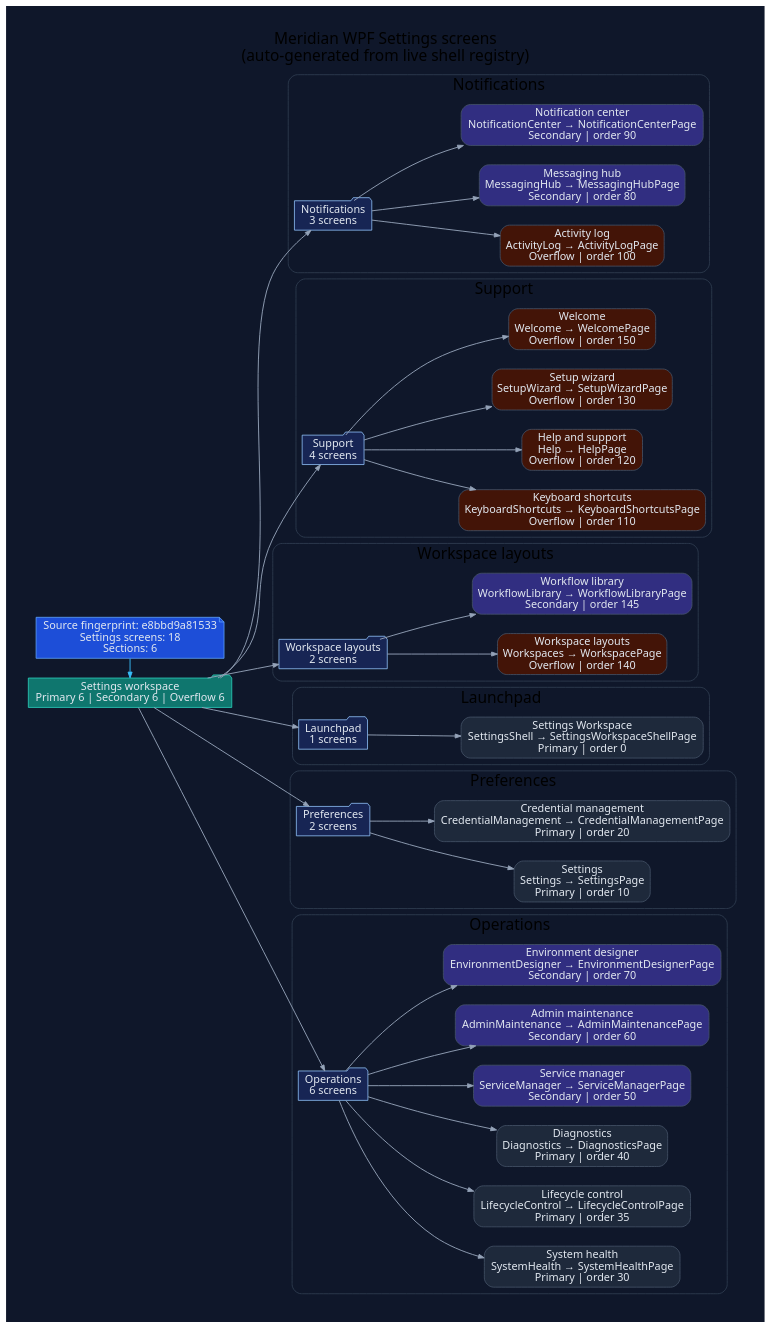
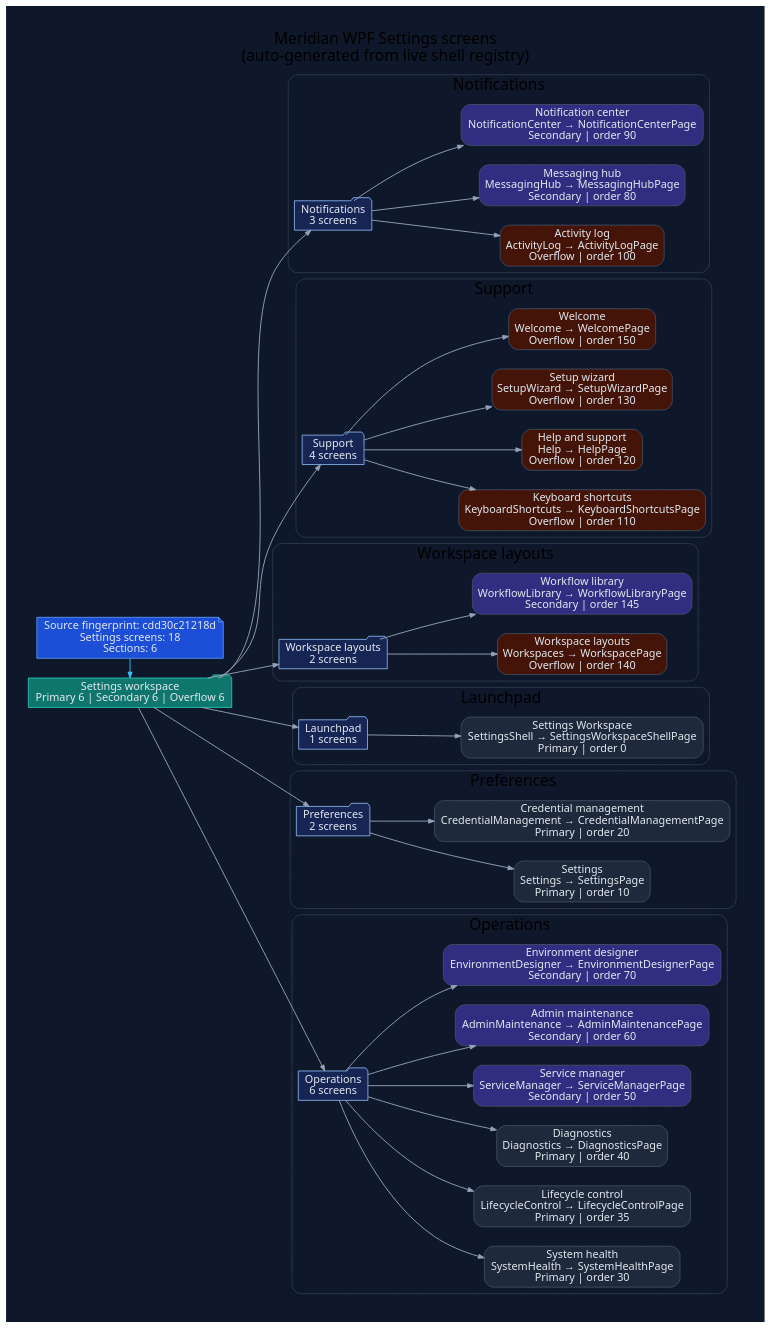
Before and after one commit to rodoHasArrived/Meridian-main: the diagram in docs/diagrams/ui/ui-wpf-screens-settings.dot, drawn with Graphviz. The commit also changed 164 other files, not shown here.

```diff
--- a/docs/diagrams/ui/ui-wpf-screens-settings.dot
+++ b/docs/diagrams/ui/ui-wpf-screens-settings.dot
@@ -1,110 +1,110 @@
 // -----------------------------------------------------------------------------
 // <auto-generated>
 // Generated by scripts/generate-diagrams.mjs.
 // Do not edit this file directly; update the WPF source files instead.
 // -----------------------------------------------------------------------------
 digraph WpfSettingsScreens {
   graph [
     rankdir=LR,
     labelloc=t,
     label="Meridian WPF Settings screens\n(auto-generated from live shell registry)",
     fontname="Segoe UI",
     fontsize=20,
     pad=0.4,
     nodesep=0.35,
     ranksep=0.85,
     bgcolor="#0f172a"
   ];
   node [fontname="Segoe UI", shape=box, style="rounded,filled", color="#475569", fontcolor="#e2e8f0", fillcolor="#1e293b"];
   edge [fontname="Segoe UI", color="#94a3b8", penwidth=1.2, arrowsize=0.75];
 
-  generated [shape=note, fillcolor="#1d4ed8", color="#60a5fa", label="Source fingerprint: e8bbd9a81533\nSettings screens: 18\nSections: 6"];
+  generated [shape=note, fillcolor="#1d4ed8", color="#60a5fa", label="Source fingerprint: cdd30c21218d\nSettings screens: 18\nSections: 6"];
   workspace [shape=folder, fillcolor="#0f766e", color="#2dd4bf", label="Settings workspace\nPrimary 6 | Secondary 6 | Overflow 6"];
   generated -> workspace [color="#38bdf8"];
 
   subgraph cluster_section_1 {
     label="Notifications";
     color="#334155";
     style="rounded";
     section_1 [shape=folder, fillcolor="#172554", color="#93c5fd", label="Notifications\n3 screens"];
     workspace -> section_1;
     screen_ActivityLog [fillcolor="#431407", label="Activity log\nActivityLog → ActivityLogPage\nOverflow | order 100"];
     section_1 -> screen_ActivityLog;
     screen_MessagingHub [fillcolor="#312e81", label="Messaging hub\nMessagingHub → MessagingHubPage\nSecondary | order 80"];
     section_1 -> screen_MessagingHub;
     screen_NotificationCenter [fillcolor="#312e81", label="Notification center\nNotificationCenter → NotificationCenterPage\nSecondary | order 90"];
     section_1 -> screen_NotificationCenter;
   }
 
   subgraph cluster_section_2 {
     label="Support";
     color="#334155";
     style="rounded";
     section_2 [shape=folder, fillcolor="#172554", color="#93c5fd", label="Support\n4 screens"];
     workspace -> section_2;
     screen_KeyboardShortcuts [fillcolor="#431407", label="Keyboard shortcuts\nKeyboardShortcuts → KeyboardShortcutsPage\nOverflow | order 110"];
     section_2 -> screen_KeyboardShortcuts;
     screen_Help [fillcolor="#431407", label="Help and support\nHelp → HelpPage\nOverflow | order 120"];
     section_2 -> screen_Help;
     screen_SetupWizard [fillcolor="#431407", label="Setup wizard\nSetupWizard → SetupWizardPage\nOverflow | order 130"];
     section_2 -> screen_SetupWizard;
     screen_Welcome [fillcolor="#431407", label="Welcome\nWelcome → WelcomePage\nOverflow | order 150"];
     section_2 -> screen_Welcome;
   }
 
   subgraph cluster_section_3 {
     label="Workspace layouts";
     color="#334155";
     style="rounded";
     section_3 [shape=folder, fillcolor="#172554", color="#93c5fd", label="Workspace layouts\n2 screens"];
     workspace -> section_3;
     screen_Workspaces [fillcolor="#431407", label="Workspace layouts\nWorkspaces → WorkspacePage\nOverflow | order 140"];
     section_3 -> screen_Workspaces;
     screen_WorkflowLibrary [fillcolor="#312e81", label="Workflow library\nWorkflowLibrary → WorkflowLibraryPage\nSecondary | order 145"];
     section_3 -> screen_WorkflowLibrary;
   }
 
   subgraph cluster_section_4 {
     label="Launchpad";
     color="#334155";
     style="rounded";
     section_4 [shape=folder, fillcolor="#172554", color="#93c5fd", label="Launchpad\n1 screens"];
     workspace -> section_4;
     screen_SettingsShell [fillcolor="#1e293b", label="Settings Workspace\nSettingsShell → SettingsWorkspaceShellPage\nPrimary | order 0"];
     section_4 -> screen_SettingsShell;
   }
 
   subgraph cluster_section_5 {
     label="Preferences";
     color="#334155";
     style="rounded";
     section_5 [shape=folder, fillcolor="#172554", color="#93c5fd", label="Preferences\n2 screens"];
     workspace -> section_5;
     screen_Settings [fillcolor="#1e293b", label="Settings\nSettings → SettingsPage\nPrimary | order 10"];
     section_5 -> screen_Settings;
     screen_CredentialManagement [fillcolor="#1e293b", label="Credential management\nCredentialManagement → CredentialManagementPage\nPrimary | order 20"];
     section_5 -> screen_CredentialManagement;
   }
 
   subgraph cluster_section_6 {
     label="Operations";
     color="#334155";
     style="rounded";
     section_6 [shape=folder, fillcolor="#172554", color="#93c5fd", label="Operations\n6 screens"];
     workspace -> section_6;
     screen_SystemHealth [fillcolor="#1e293b", label="System health\nSystemHealth → SystemHealthPage\nPrimary | order 30"];
     section_6 -> screen_SystemHealth;
     screen_LifecycleControl [fillcolor="#1e293b", label="Lifecycle control\nLifecycleControl → LifecycleControlPage\nPrimary | order 35"];
     section_6 -> screen_LifecycleControl;
     screen_Diagnostics [fillcolor="#1e293b", label="Diagnostics\nDiagnostics → DiagnosticsPage\nPrimary | order 40"];
     section_6 -> screen_Diagnostics;
     screen_ServiceManager [fillcolor="#312e81", label="Service manager\nServiceManager → ServiceManagerPage\nSecondary | order 50"];
     section_6 -> screen_ServiceManager;
     screen_AdminMaintenance [fillcolor="#312e81", label="Admin maintenance\nAdminMaintenance → AdminMaintenancePage\nSecondary | order 60"];
     section_6 -> screen_AdminMaintenance;
     screen_EnvironmentDesigner [fillcolor="#312e81", label="Environment designer\nEnvironmentDesigner → EnvironmentDesignerPage\nSecondary | order 70"];
     section_6 -> screen_EnvironmentDesigner;
   }
 
   { rank=min; generated; workspace; }
 }
```
